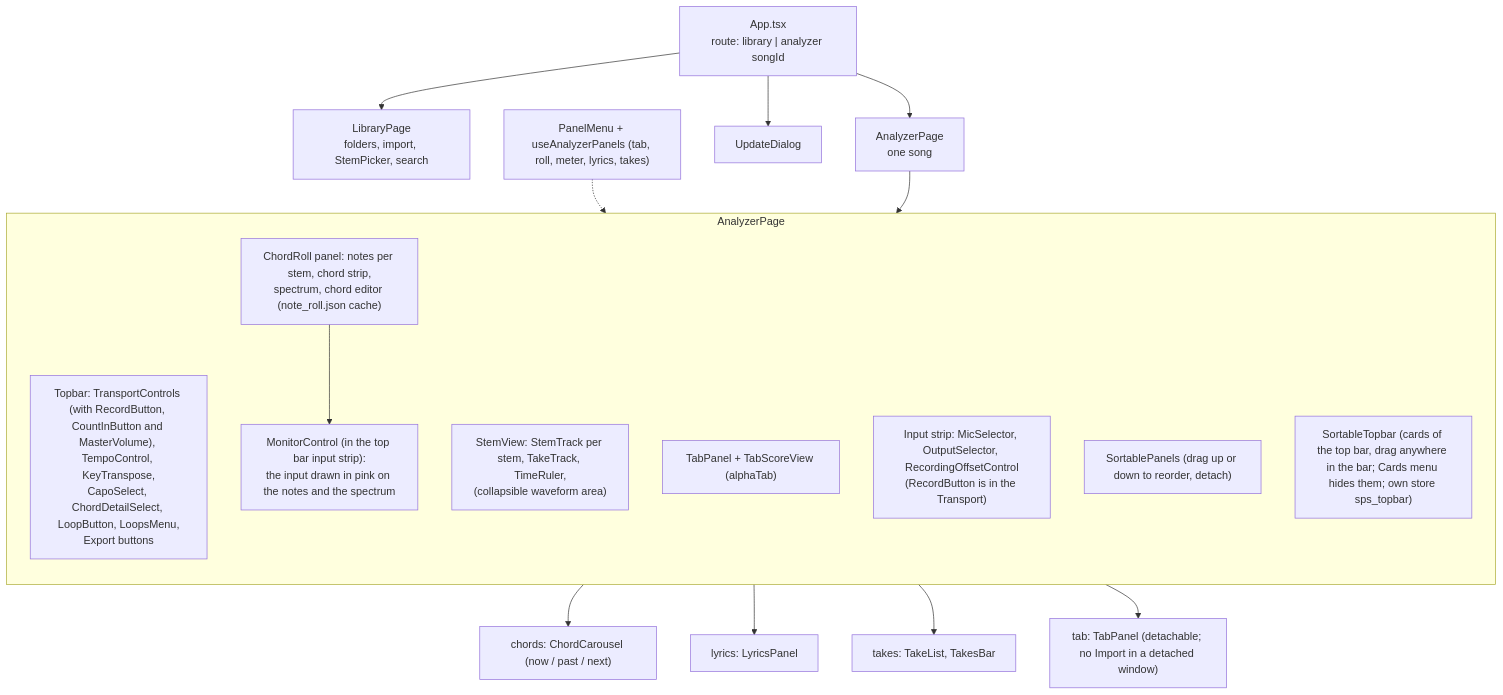
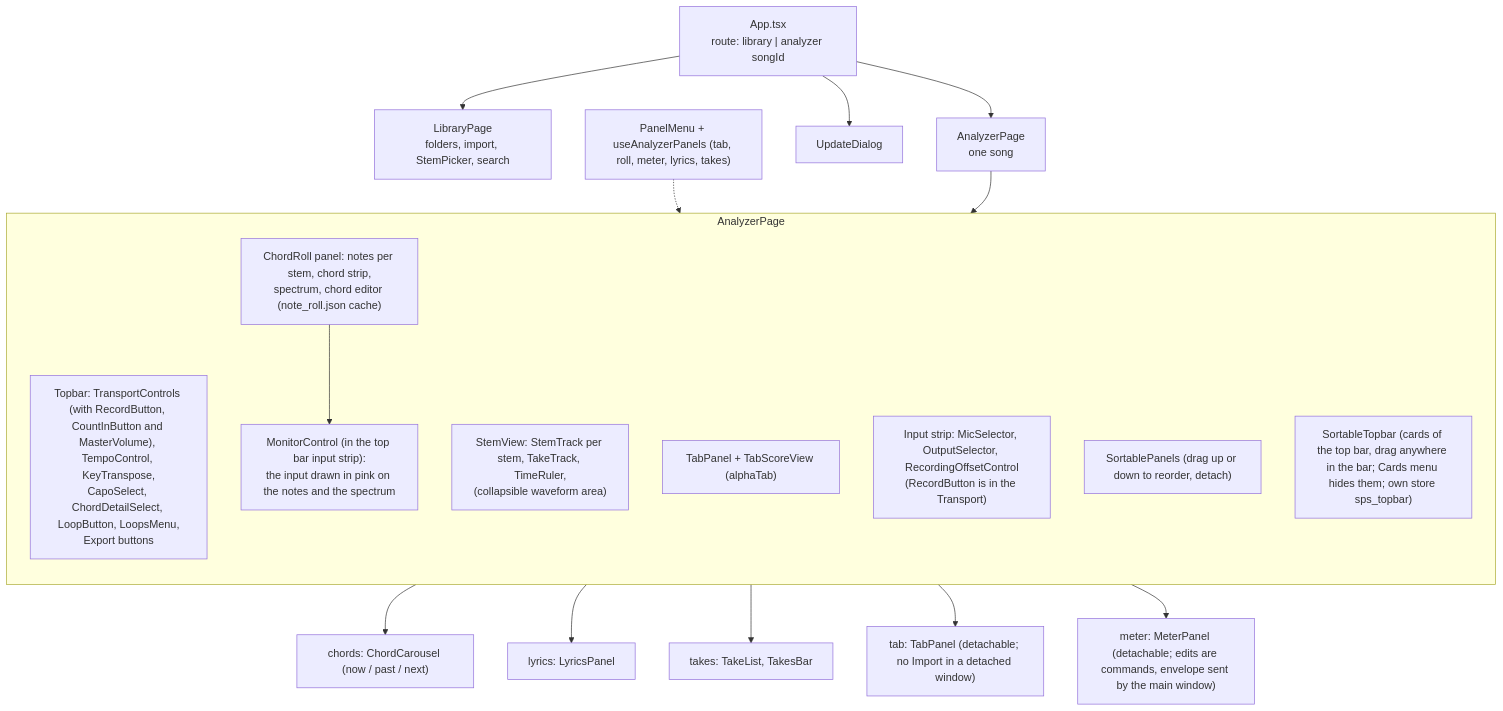
The second of 16 diagrams in wiki/uml.md (giamat90/SongPracticeStudio), drawn with Mermaid before and after one commit. The commit also changed other lines of this file and 27 other files, not shown here.

First line of the commit message:
feat: detach the Meter panel into its own window

````diff
--- a/wiki/uml.md
+++ b/wiki/uml.md
@@ -69,27 +69,28 @@
 ```mermaid
 flowchart TB
     APP["App.tsx<br/>route: library | analyzer songId"]
     APP --> LP["LibraryPage<br/>folders, import, StemPicker, search"]
     APP --> AP["AnalyzerPage<br/>one song"]
     APP --> UD["UpdateDialog"]
 
     subgraph ap["AnalyzerPage"]
         direction TB
         TOP["Topbar: TransportControls (with RecordButton, CountInButton and MasterVolume), TempoControl, KeyTranspose,<br/>CapoSelect, ChordDetailSelect, LoopButton, LoopsMenu,<br/>Export buttons"]
         SV["StemView: StemTrack per stem, TakeTrack, TimeRuler,<br/>(collapsible waveform area)"]
         CR["ChordRoll panel: notes per stem, chord strip,<br/>spectrum, chord editor (note_roll.json cache)"]
         MON["MonitorControl (in the top bar input strip):<br/>the input drawn in pink on the notes and the spectrum"]
         TB["TabPanel + TabScoreView (alphaTab)"]
         REC["Input strip: MicSelector, OutputSelector, RecordingOffsetControl<br/>(RecordButton is in the Transport)"]
         SP["SortablePanels (drag up or down to reorder, detach)"]
         STB["SortableTopbar (cards of the top bar, drag anywhere in the bar; Cards menu hides them; own store sps_topbar)"]
     end
     AP --> ap
     CR --> MON
     SP --> P1["chords: ChordCarousel (now / past / next)"]
     SP --> P2["lyrics: LyricsPanel"]
     SP --> P3["takes: TakeList, TakesBar"]
     SP --> P4["tab: TabPanel (detachable; no Import in a detached window)"]
+    SP --> P5["meter: MeterPanel (detachable; edits are commands, envelope sent by the main window)"]
     PM["PanelMenu + useAnalyzerPanels (tab, roll, meter, lyrics, takes)"]
     PM -.-> SP
 ```
````
